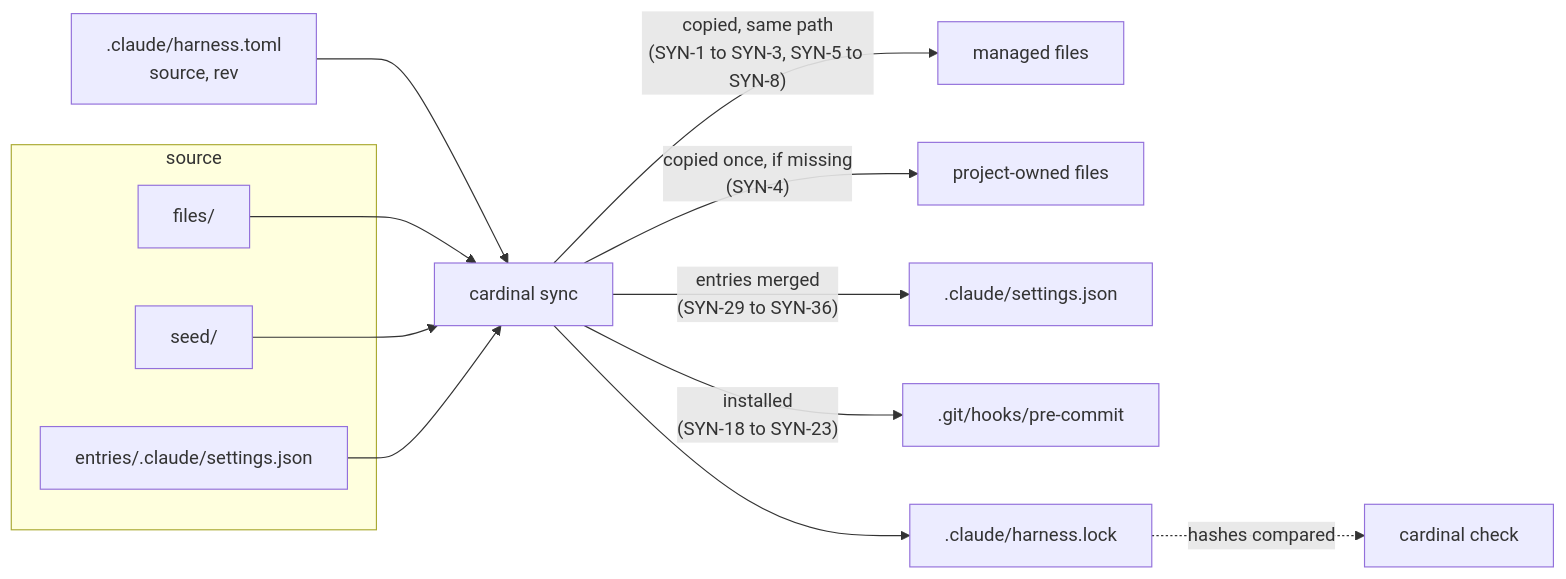
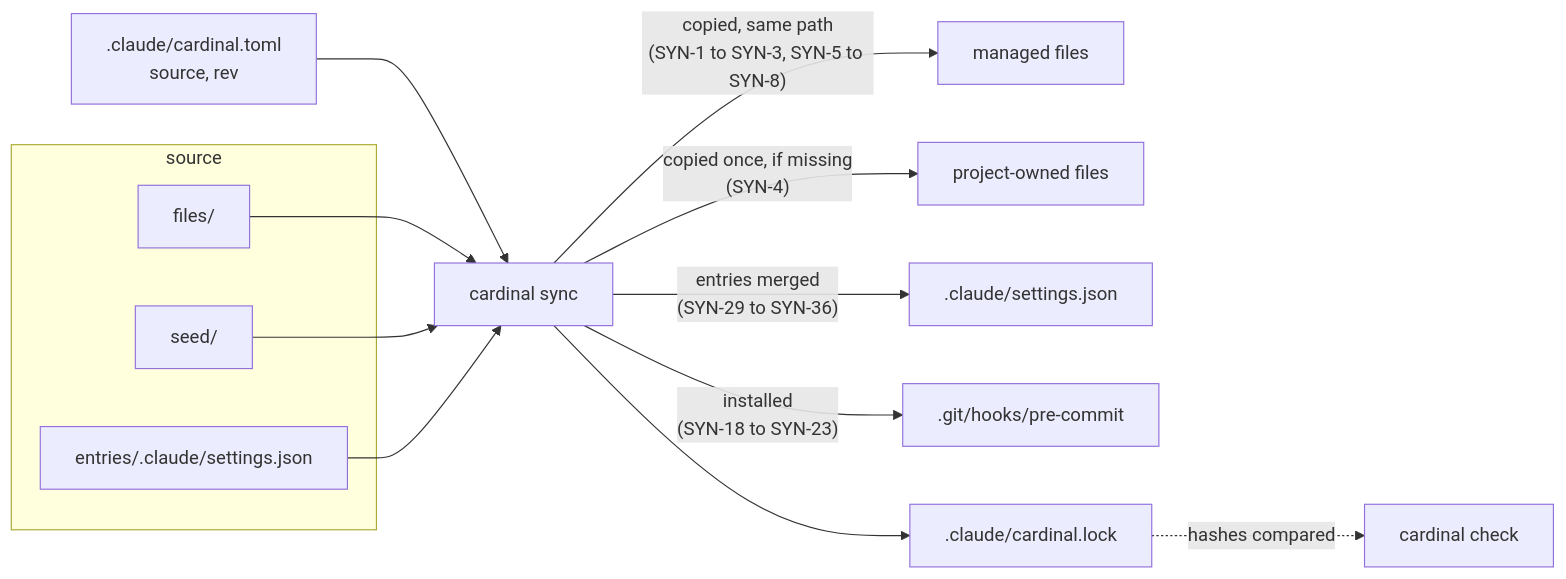
One commit to Electron-libre/agent-harness changed the first of 4 diagrams in docs/architecture.md. Above: the diagram before and after it, drawn with Mermaid. The commit also changed other lines of this file and 36 other files, not shown here.

````diff
--- a/docs/architecture.md
+++ b/docs/architecture.md
@@ -9,18 +11,18 @@
 ```mermaid
 flowchart LR
-  toml[".claude/harness.toml<br/>source, rev"] --> sync["cardinal sync"]
+  toml[".claude/cardinal.toml<br/>source, rev"] --> sync["cardinal sync"]
   subgraph source
     files["files/"]
     seed["seed/"]
     entries["entries/.claude/settings.json"]
   end
   files --> sync
   seed --> sync
   entries --> sync
   sync -->|"copied, same path<br/>(SYN-1 to SYN-3, SYN-5 to SYN-8)"| managed["managed files"]
   sync -->|"copied once, if missing<br/>(SYN-4)"| owned["project-owned files"]
   sync -->|"entries merged<br/>(SYN-29 to SYN-36)"| settings[".claude/settings.json"]
   sync -->|"installed<br/>(SYN-18 to SYN-23)"| gate[".git/hooks/pre-commit"]
-  sync --> lock[".claude/harness.lock"]
+  sync --> lock[".claude/cardinal.lock"]
   lock -.->|hashes compared| check["cardinal check"]
 ```
````
